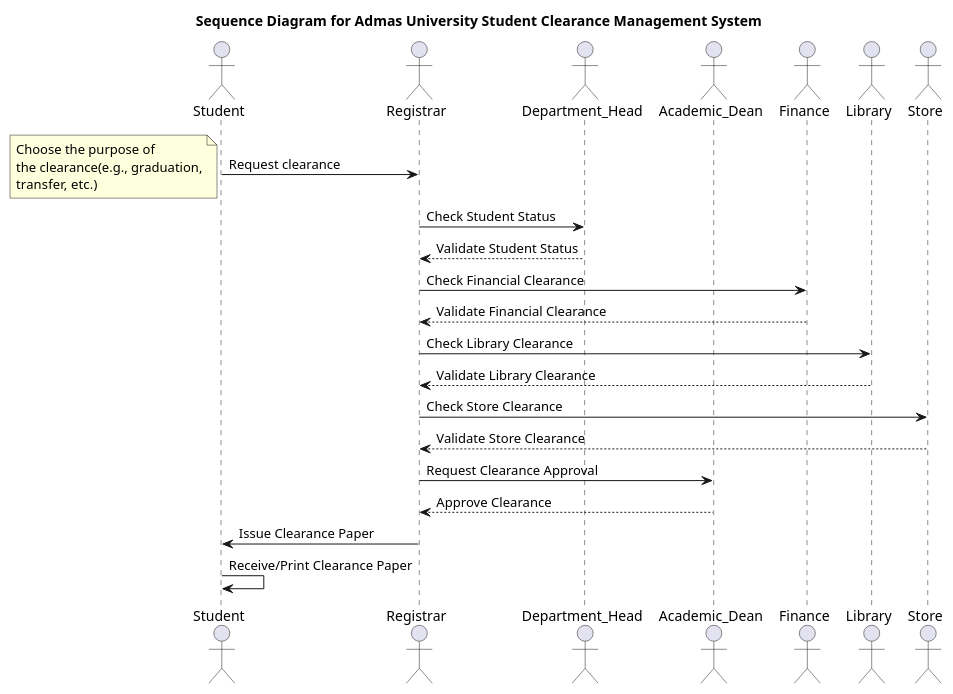
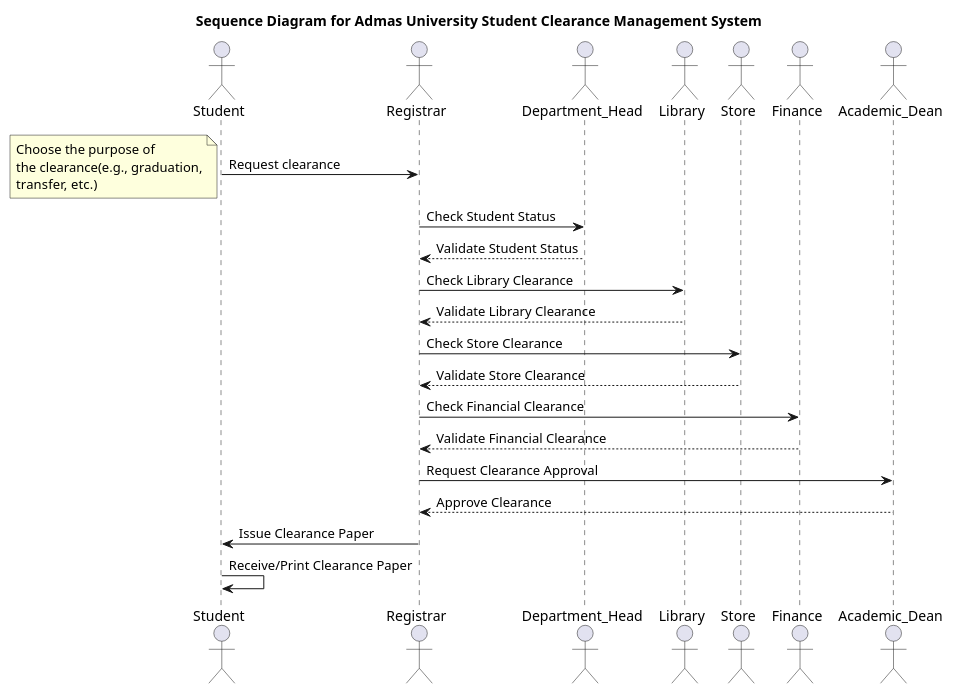
Before and after one commit to Betty-edit/AU-Student-Clearance-Management-System: the diagram in Sed-diag.puml, drawn with PlantUML. The commit also changed other lines of this file and 3 other files, not shown here.

Commit message:
Refactor sequence and use case diagrams; add activity diagram

```diff
--- a/Sed-diag.puml
+++ b/Sed-diag.puml
@@ -1,38 +1,38 @@
 @startuml seq_diagram
 
 /'Title of the diagram'/
 title Sequence Diagram for Admas University Student Clearance Management System
 
 /'Participants Of the System'/
 actor Student as Student
 actor Registrar as Registrar
 actor Department_Head as Department_Head
-actor Academic_Dean as Academic_Dean
-actor Finance as Finance
 actor Library as Library
 actor Store as Store
+actor Finance as Finance
+actor Academic_Dean as Academic_Dean
 
 /'Sequence of events'/
 Student -> Registrar: Request clearance
 note left
 Choose the purpose of 
 the clearance(e.g., graduation,
 transfer, etc.)
 end note
 Registrar -> Department_Head: Check Student Status
 Department_Head --> Registrar: Validate Student Status 
-Registrar -> Finance: Check Financial Clearance
-Finance --> Registrar: Validate Financial Clearance
 Registrar -> Library: Check Library Clearance
 Library --> Registrar: Validate Library Clearance
 Registrar -> Store: Check Store Clearance
 Store --> Registrar: Validate Store Clearance
+Registrar -> Finance: Check Financial Clearance
+Finance --> Registrar: Validate Financial Clearance
 Registrar -> Academic_Dean: Request Clearance Approval
 Academic_Dean --> Registrar: Approve Clearance
 Registrar -> Student: Issue Clearance Paper
 Student -> Student: Receive/Print Clearance Paper
 
 
 
 
 @enduml
```
